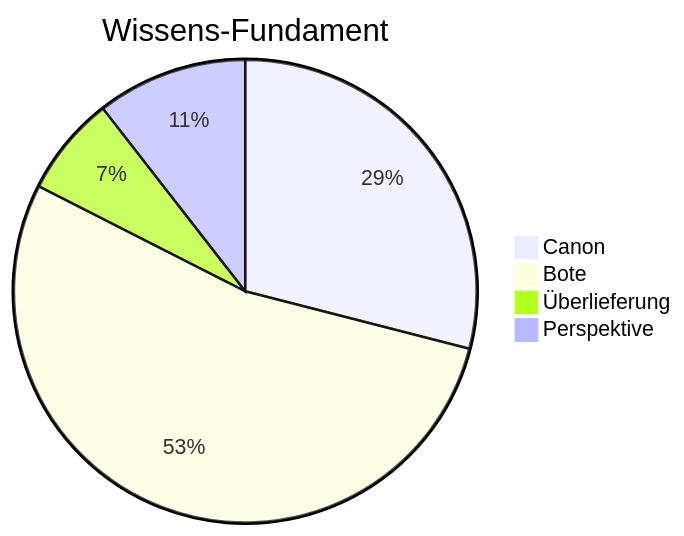
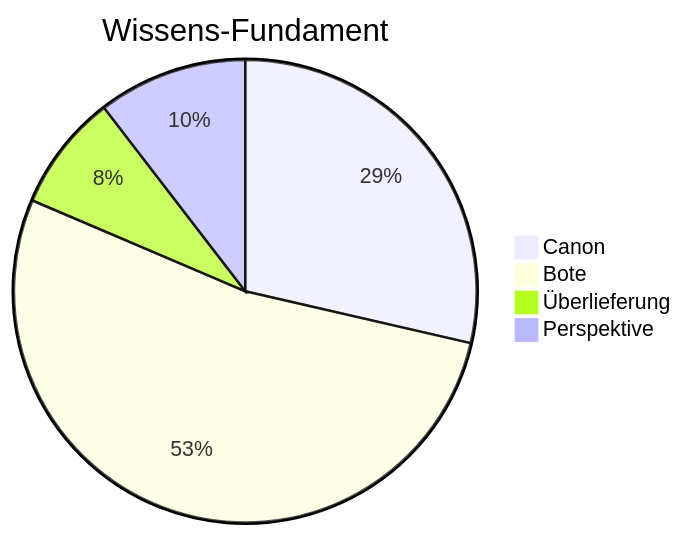
Before and after one commit to Siebenwind/7w_wiki: the third of 4 diagrams in Siebenwind_Wiki/10_Archiv/Wiki_Statistiken.md, drawn with Mermaid. The commit also changed other lines of this file and 14 other files, not shown here.

````diff
--- a/Siebenwind_Wiki/10_Archiv/Wiki_Statistiken.md
+++ b/Siebenwind_Wiki/10_Archiv/Wiki_Statistiken.md
@@ -45,7 +45,7 @@
 ```mermaid
 pie title Wissens-Fundament
     "Canon" : 548
-    "Bote" : 1011
-    "Überlieferung" : 132
-    "Perspektive" : 199
+    "Bote" : 1012
+    "Überlieferung" : 156
+    "Perspektive" : 200
 ```
````
